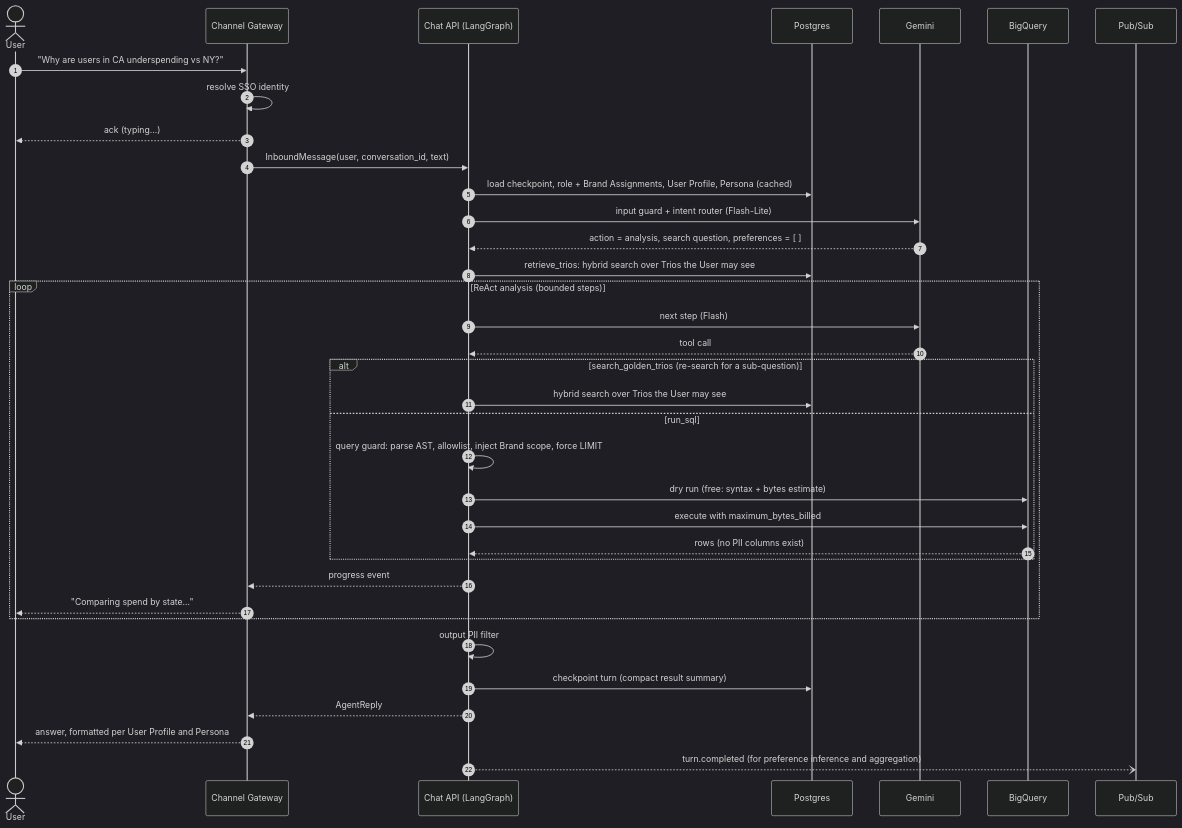
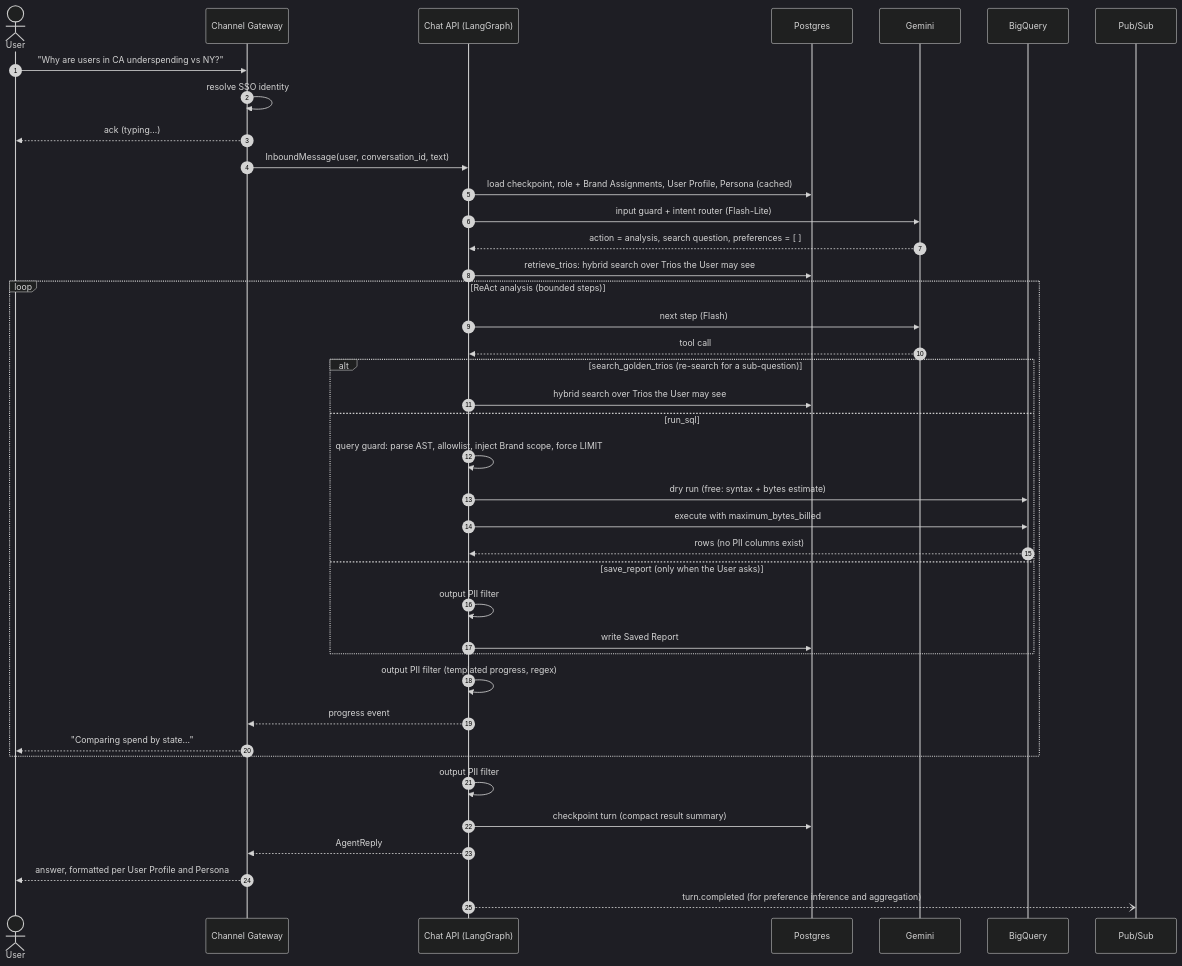
One commit to sternyishai/opsfleet-test changed the first of 2 diagrams in docs/hld/01-architecture.md. Above: the diagram before and after it, drawn with Mermaid (dark theme). The commit also changed other lines of this file, not shown here.

First line of the commit message:
docs(hld): show the single pii exit in 01 flows and data table

````diff
--- a/docs/hld/01-architecture.md
+++ b/docs/hld/01-architecture.md
@@ -40,39 +40,43 @@
 ```mermaid
 sequenceDiagram
     autonumber
     actor U as User
     participant GW as Channel Gateway
     participant API as Chat API (LangGraph)
     participant PG as Postgres
     participant LLM as Gemini
     participant BQ as BigQuery
     participant PS as Pub/Sub
 
     U->>GW: "Why are users in CA underspending vs NY?"
     GW->>GW: resolve SSO identity
     GW-->>U: ack (typing…)
     GW->>API: InboundMessage(user, conversation_id, text)
     API->>PG: load checkpoint, role + Brand Assignments, User Profile, Persona (cached)
     API->>LLM: input guard + intent router (Flash-Lite)
     LLM-->>API: action = analysis, search question, preferences = [ ]
     API->>PG: retrieve_trios: hybrid search over Trios the User may see
     loop ReAct analysis (bounded steps)
         API->>LLM: next step (Flash)
         LLM-->>API: tool call
         alt search_golden_trios (re-search for a sub-question)
             API->>PG: hybrid search over Trios the User may see
         else run_sql
             API->>API: query guard: parse AST, allowlist, inject Brand scope, force LIMIT
             API->>BQ: dry run (free: syntax + bytes estimate)
             API->>BQ: execute with maximum_bytes_billed
             BQ-->>API: rows (no PII columns exist)
+        else save_report (only when the User asks)
+            API->>API: output PII filter
+            API->>PG: write Saved Report
         end
+        API->>API: output PII filter (templated progress, regex)
         API-->>GW: progress event
         GW-->>U: "Comparing spend by state…"
     end
     API->>API: output PII filter
     API->>PG: checkpoint turn (compact result summary)
     API-->>GW: AgentReply
     GW-->>U: answer, formatted per User Profile and Persona
     API--)PS: turn.completed (for preference inference and aggregation)
 ```
````
